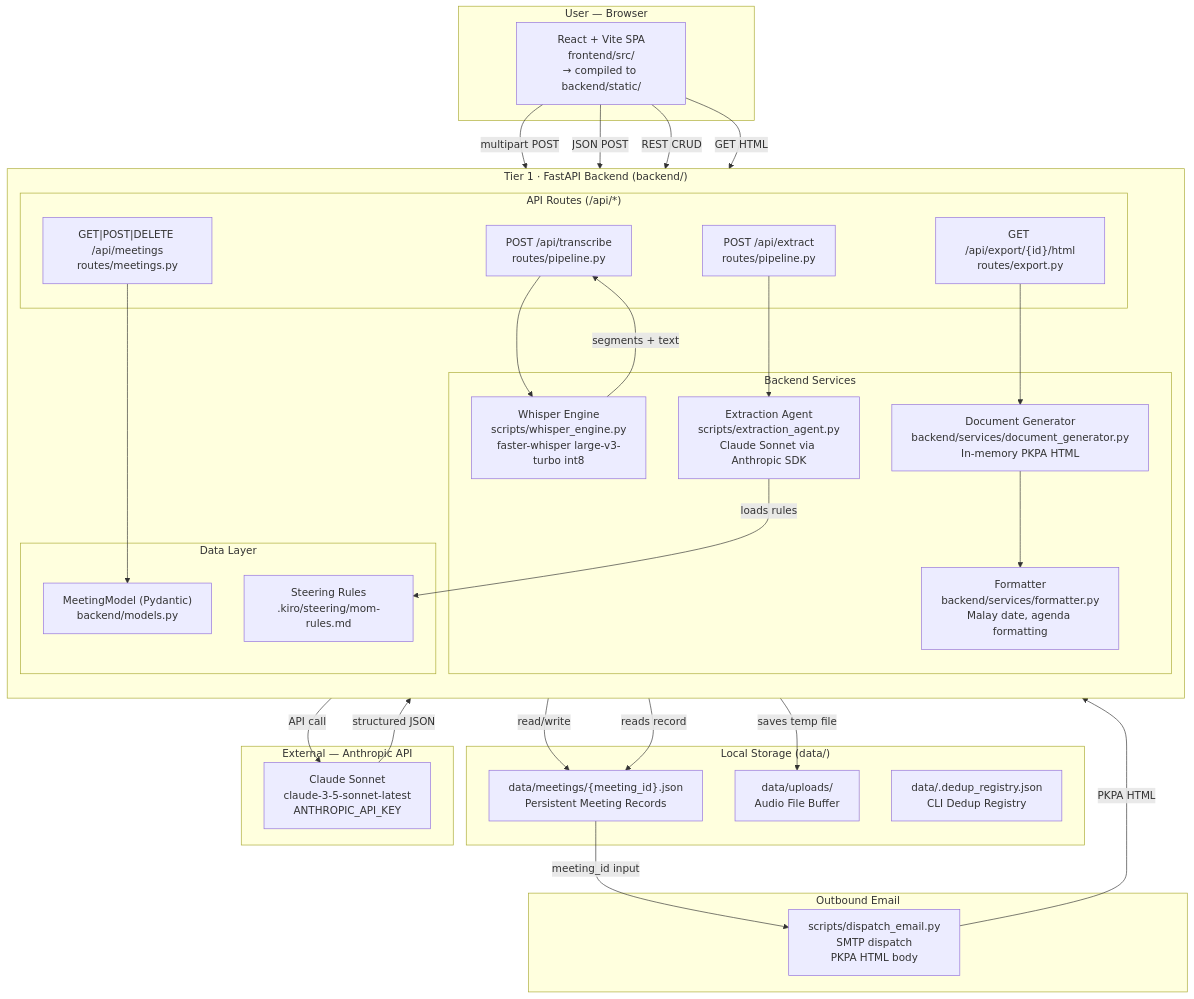
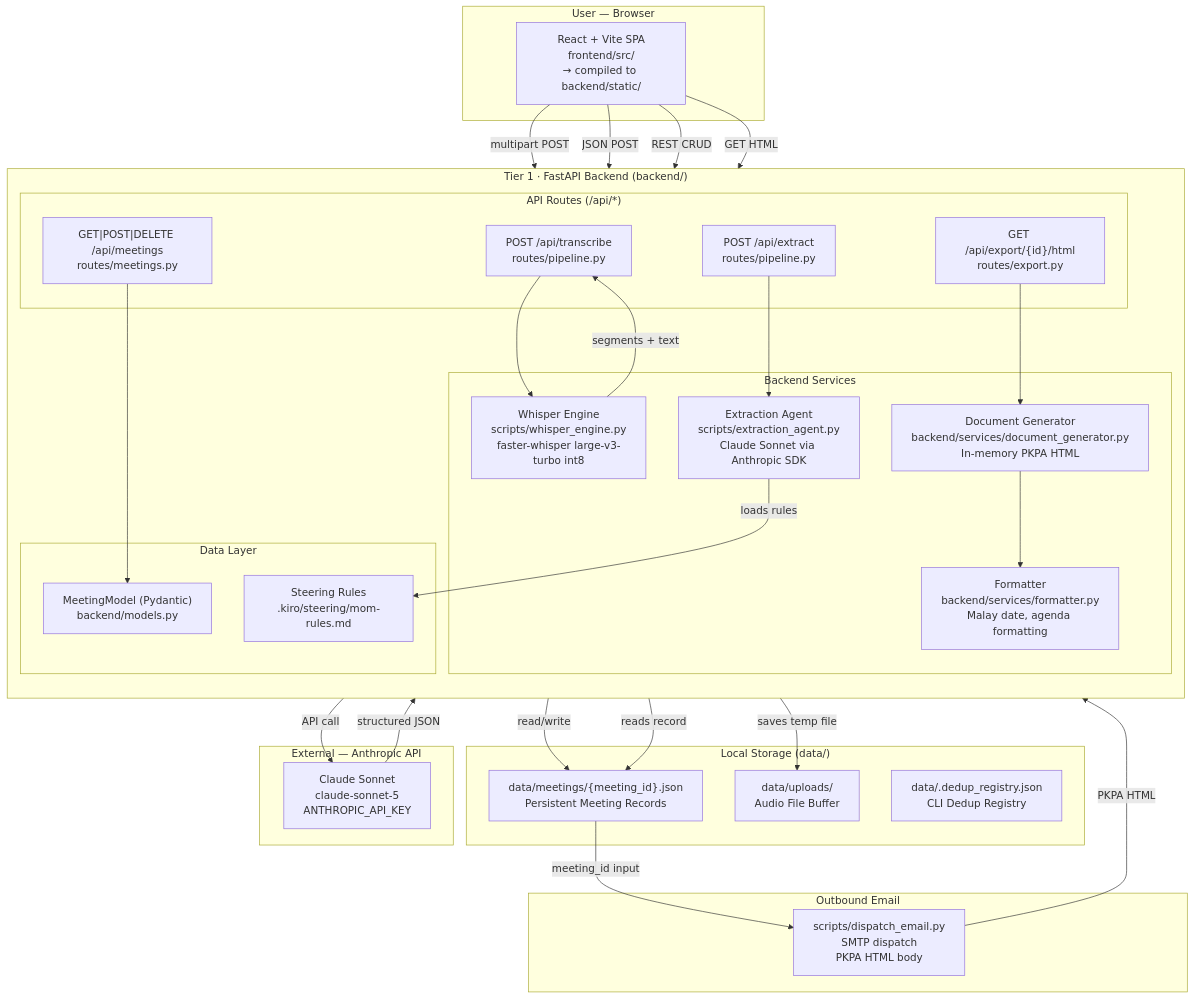
Before and after one commit to wnashrf/mom-automation-pipeline: the diagram in .kiro/specs/mom-automation-pipeline/design.md, drawn with Mermaid. The commit also changed other lines of this file and 18 other files, not shown here.

````diff
--- a/.kiro/specs/mom-automation-pipeline/design.md
+++ b/.kiro/specs/mom-automation-pipeline/design.md
@@ -20,67 +20,67 @@
 ```mermaid
 flowchart TD
     subgraph User["User — Browser"]
         SPA["React + Vite SPA\nfrontend/src/\n→ compiled to backend/static/"]
     end
 
     subgraph Backend["Tier 1 · FastAPI Backend (backend/)"]
         direction TB
 
         subgraph Routes["API Routes (/api/*)"]
             R1["POST /api/transcribe\nroutes/pipeline.py"]
             R2["POST /api/extract\nroutes/pipeline.py"]
             R3["GET|POST|DELETE /api/meetings\nroutes/meetings.py"]
             R4["GET /api/export/{id}/html\nroutes/export.py"]
         end
 
         subgraph Services["Backend Services"]
             WE["Whisper Engine\nscripts/whisper_engine.py\nfaster-whisper large-v3-turbo int8"]
             EA["Extraction Agent\nscripts/extraction_agent.py\nClaude Sonnet via Anthropic SDK"]
             DG["Document Generator\nbackend/services/document_generator.py\nIn-memory PKPA HTML"]
             FMT["Formatter\nbackend/services/formatter.py\nMalay date, agenda formatting"]
         end
 
         subgraph Models["Data Layer"]
             MM["MeetingModel (Pydantic)\nbackend/models.py"]
             SR["Steering Rules\n.kiro/steering/mom-rules.md"]
         end
     end
 
     subgraph Storage["Local Storage (data/)"]
         MJ["data/meetings/{meeting_id}.json\nPersistent Meeting Records"]
         UP["data/uploads/\nAudio File Buffer"]
         DR["data/.dedup_registry.json\nCLI Dedup Registry"]
     end
 
     subgraph Anthropic["External — Anthropic API"]
-        CL["Claude Sonnet\nclaude-3-5-sonnet-latest\nANTHROPIC_API_KEY"]
+        CL["Claude Sonnet\nclaude-sonnet-5\nANTHROPIC_API_KEY"]
     end
 
     subgraph Email["Outbound Email"]
         DE["scripts/dispatch_email.py\nSMTP dispatch\nPKPA HTML body"]
     end
 
     SPA -->|"multipart POST"| R1
     SPA -->|"JSON POST"| R2
     SPA -->|"REST CRUD"| R3
     SPA -->|"GET HTML"| R4
 
     R1 --> WE
     WE -->|"saves temp file"| UP
     WE -->|"segments + text"| R1
 
     R2 --> EA
     EA -->|"loads rules"| SR
     EA -->|"API call"| CL
     CL -->|"structured JSON"| EA
 
     R3 --> MM
     MM -->|"read/write"| MJ
 
     R4 --> DG
     DG --> FMT
     DG -->|"reads record"| MJ
 
     MJ -->|"meeting_id input"| DE
     DE -->|"PKPA HTML"| DG
 ```
````
